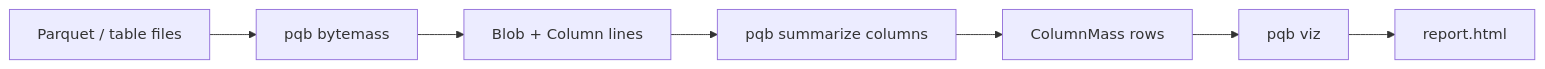
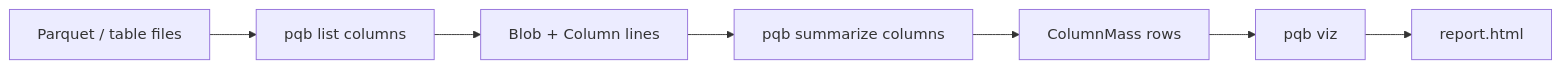
The diagram in docs/reference/viz.md (pqbench/pqbench), drawn with Mermaid before and after one commit. The commit also changed other lines of this file and 8 other files, not shown here.

First line of the commit message:
docs(cli): name list columns in the summarize examples

````diff
--- a/docs/reference/viz.md
+++ b/docs/reference/viz.md
@@ -23,9 +23,9 @@
 ```mermaid
 flowchart LR
-    files[Parquet / table files] --> bytemass[pqb bytemass]
-    bytemass --> stream["Blob + Column lines"]
+    files[Parquet / table files] --> columns[pqb list columns]
+    columns --> stream["Blob + Column lines"]
     stream --> summarize[pqb summarize columns]
     summarize --> rows["ColumnMass rows"]
     rows --> viz[pqb viz]
     viz --> html[report.html]
 ```
````
